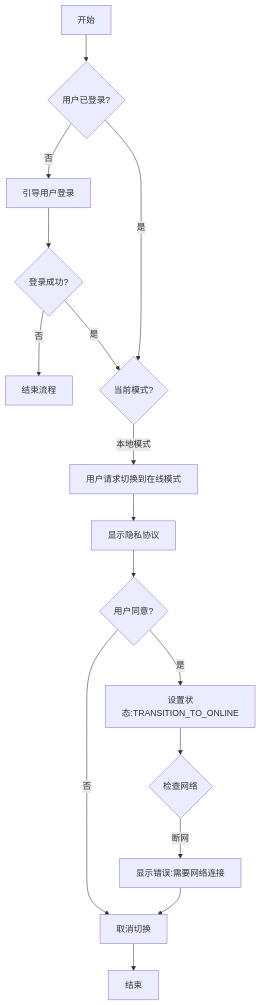
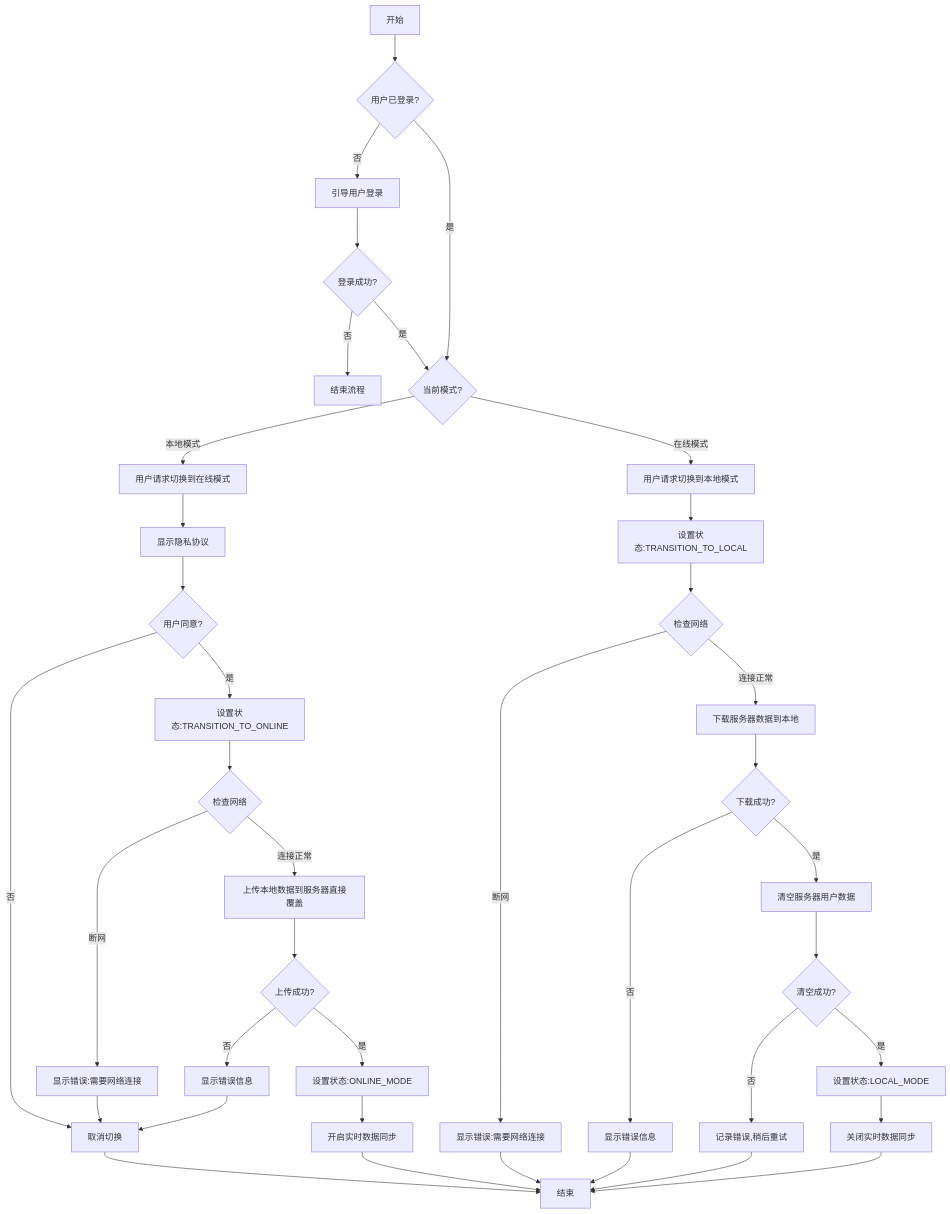
One commit to yingjianzh/iodraw-files changed the diagram in all/未命名-48.md. Above: the diagram before and after it, drawn with Mermaid.

Commit message:
2025-05-07 16:56:28 update

````diff
--- a/all/未命名-48.md
+++ b/all/未命名-48.md
@@ -1,20 +1,43 @@
 ```mermaid
 flowchart TD
     A[开始] --> AA{用户已登录?}
     AA -->|否| AB[引导用户登录]
     AB --> AC{登录成功?}
     AC -->|否| AD[结束流程]
     AC -->|是| B
     AA -->|是| B
     
     B{当前模式?} -->|本地模式| C[用户请求切换到在线模式]
     C --> F[显示隐私协议]
     F --> G{用户同意?}
     G -->|否| H[取消切换]
     H --> Z[结束]
     G -->|是| I[设置状态:TRANSITION_TO_ONLINE]
     I --> J{检查网络}
     J -->|断网| K[显示错误:需要网络连接]
     K --> H
+    J -->|连接正常| O[上传本地数据到服务器直接覆盖]
+    O --> P{上传成功?}
+    P -->|否| Q[显示错误信息]
+    Q --> H
+    P -->|是| R[设置状态:ONLINE_MODE]
+    R --> S[开启实时数据同步]
+    S --> Z
     
+    B -->|在线模式| T[用户请求切换到本地模式]
+    T --> U[设置状态:TRANSITION_TO_LOCAL]
+    U --> V{检查网络}
+    V -->|断网| W[显示错误:需要网络连接]
+    W --> Z
+    V -->|连接正常| X[下载服务器数据到本地]
+    X --> Y{下载成功?}
+    Y -->|否| AA2[显示错误信息]
+    AA2 --> Z
+    Y -->|是| AB2[清空服务器用户数据]
+    AB2 --> AC2{清空成功?}
+    AC2 -->|否| AD2[记录错误,稍后重试]
+    AD2 --> Z
+    AC2 -->|是| AE[设置状态:LOCAL_MODE]
+    AE --> AF[关闭实时数据同步]
+    AF --> Z
 ```
````
